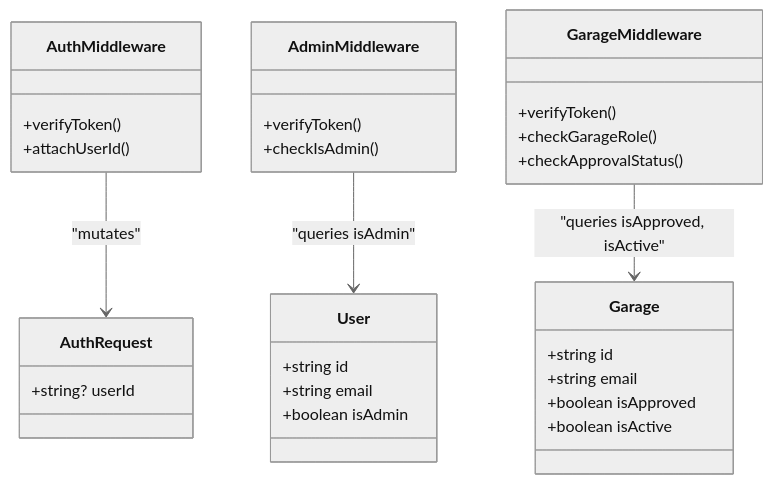
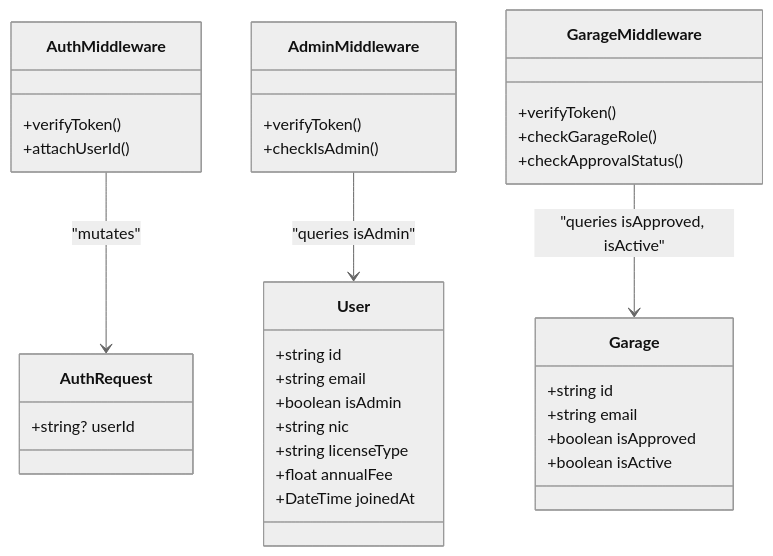
One commit to NaveenHiranya/Smart-Vehicle-Insurance-Claim-System changed the seventh of 12 diagrams in .qoder/repowiki/en/content/Backend Documentation/Authentication & Authorization.md. Above: the diagram before and after it, drawn with Mermaid (neutral theme). The commit also changed other lines of this file and 38 other files, not shown here.

````diff
--- a/.qoder/repowiki/en/content/Backend Documentation/Authentication & Authorization.md
+++ b/.qoder/repowiki/en/content/Backend Documentation/Authentication & Authorization.md
@@ -302,33 +396,37 @@
 ```mermaid
 classDiagram
 class User {
 +string id
 +string email
 +boolean isAdmin
++string nic
++string licenseType
++float annualFee
++DateTime joinedAt
 }
 class Garage {
 +string id
 +string email
 +boolean isApproved
 +boolean isActive
 }
 class AuthRequest {
 +string? userId
 }
 class AuthMiddleware {
 +verifyToken()
 +attachUserId()
 }
 class AdminMiddleware {
 +verifyToken()
 +checkIsAdmin()
 }
 class GarageMiddleware {
 +verifyToken()
 +checkGarageRole()
 +checkApprovalStatus()
 }
 AuthMiddleware --> AuthRequest : "mutates"
 AdminMiddleware --> User : "queries isAdmin"
 GarageMiddleware --> Garage : "queries isApproved, isActive"
 ```
````
